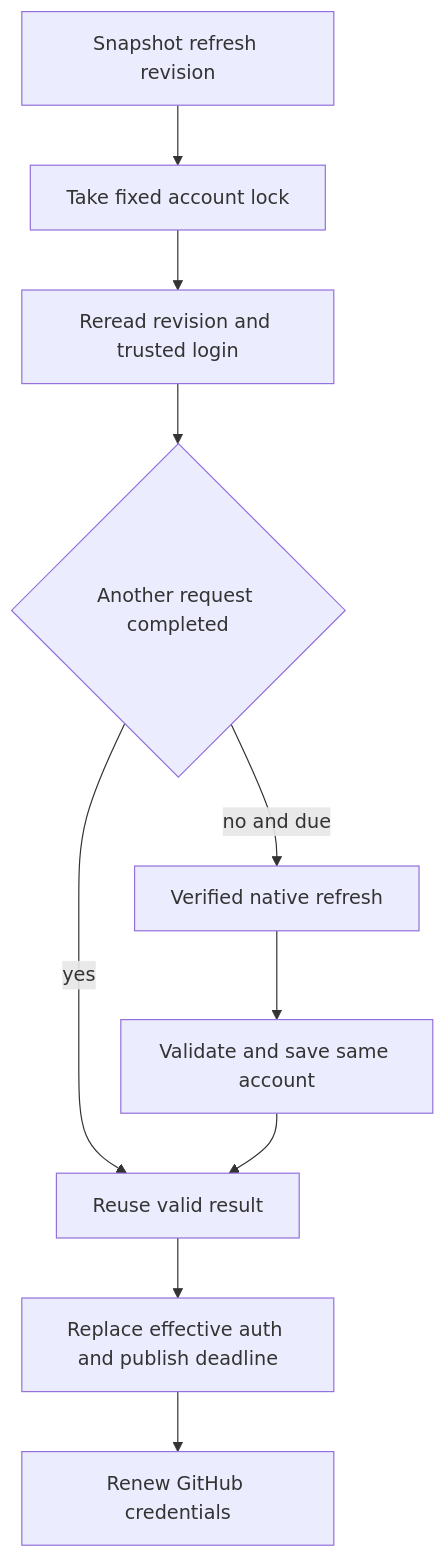
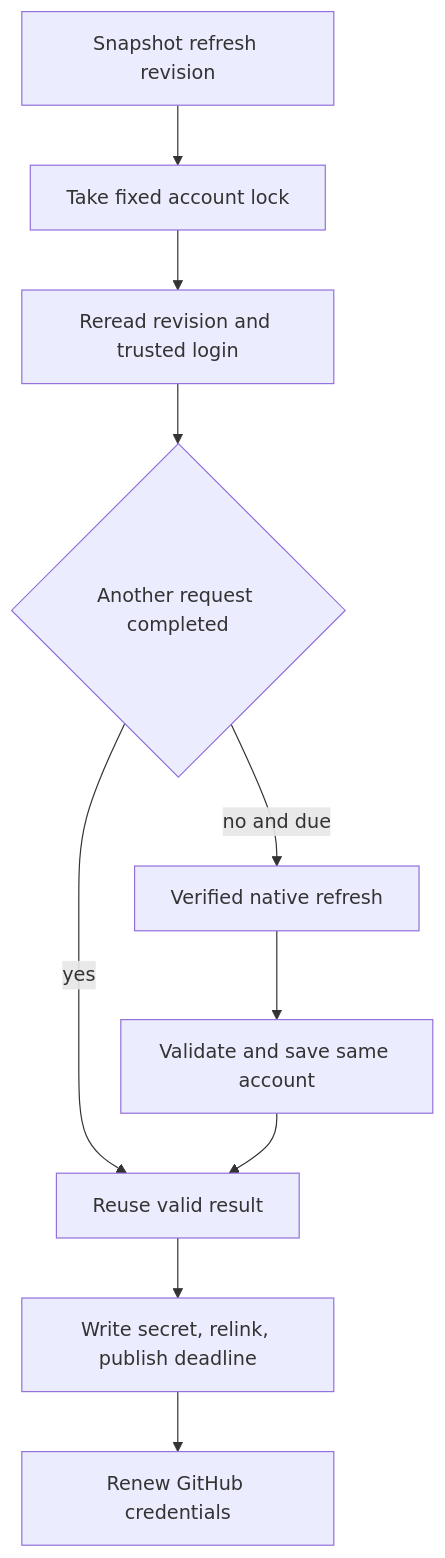
Before and after one commit to ophis/agent-pm: the fourth of 5 diagrams in docs/docker-codex.md, drawn with Mermaid. The commit also changed other lines of this file and 3 other files, not shown here.

````diff
--- a/docs/docker-codex.md
+++ b/docs/docker-codex.md
@@ -154,12 +154,12 @@
 ```mermaid
 flowchart TD
     Q[Snapshot refresh revision] --> L[Take fixed account lock]
     L --> R[Reread revision and trusted login]
     R --> D{Another request completed}
     D -->|yes| U[Reuse valid result]
     D -->|no and due| N[Verified native refresh]
     N --> K[Validate and save same account]
     K --> U
-    U --> P[Replace effective auth and publish deadline]
+    U --> P[Write secret, relink, publish deadline]
     P --> G[Renew GitHub credentials]
 ```
````
